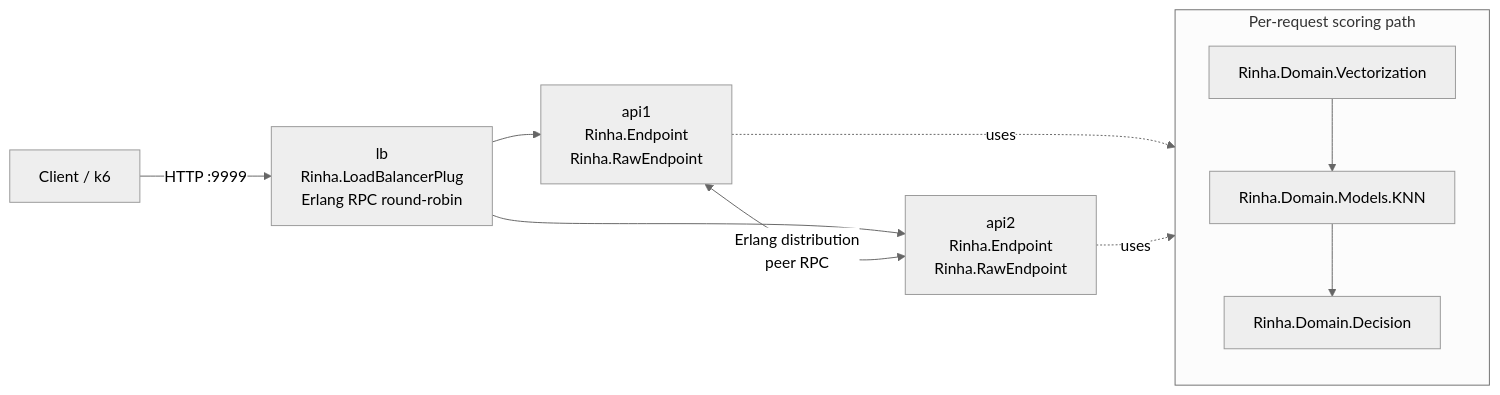
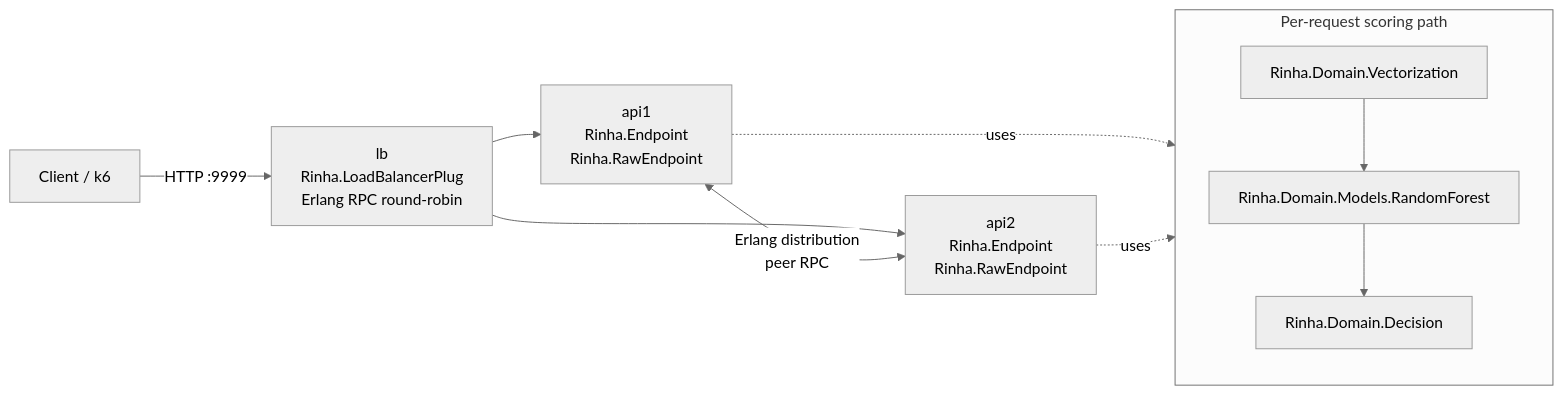
One commit to renatovico/rinha-elixir-pure changed the diagram in README.md. Above: the diagram before and after it, drawn with Mermaid (neutral theme). The commit also changed other lines of this file and 27 other files, not shown here.

````diff
--- a/README.md
+++ b/README.md
@@ -35,16 +36,16 @@
 ```mermaid
 flowchart LR
     Client[Client / k6] -->|HTTP :9999| LB[lb\nRinha.LoadBalancerPlug\nErlang RPC round-robin]
     LB --> API1[api1\nRinha.Endpoint\nRinha.RawEndpoint]
     LB --> API2[api2\nRinha.Endpoint\nRinha.RawEndpoint]
 
     API1 <-->|Erlang distribution\npeer RPC| API2
 
     subgraph ScoringPath[Per-request scoring path]
-      V[Rinha.Domain.Vectorization] --> K[Rinha.Domain.Models.KNN]
-      K --> D[Rinha.Domain.Decision]
+      V[Rinha.Domain.Vectorization] --> M[Rinha.Domain.Models.RandomForest]
+      M --> D[Rinha.Domain.Decision]
     end
 
     API1 -. uses .-> ScoringPath
     API2 -. uses .-> ScoringPath
 ```
````
